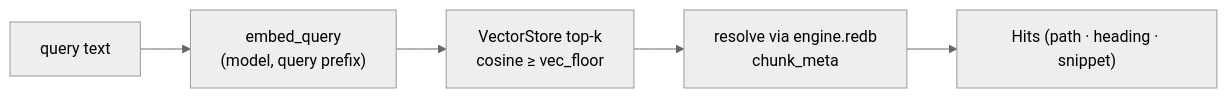
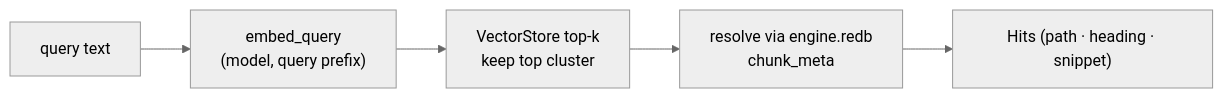
Before and after one commit to onebrain-ai/onebrain-cli: the sixth of 8 diagrams in docs/architecture/search.md, drawn with Mermaid (neutral theme). The commit also changed other lines of this file and 7 other files, not shown here.

First line of the commit message:
fix(search): recall-first vector cutoff + honest confidence (Tier 1 floor fix) (#183)

````diff
--- a/docs/architecture/search.md
+++ b/docs/architecture/search.md
@@ -354,4 +360,4 @@
 ```mermaid
 flowchart LR
-    Q["query text"] --> E["embed_query<br/>(model, query prefix)"] --> V["VectorStore top-k<br/>cosine ≥ vec_floor"] --> M["resolve via engine.redb<br/>chunk_meta"] --> H["Hits (path · heading · snippet)"]
+    Q["query text"] --> E["embed_query<br/>(model, query prefix)"] --> V["VectorStore top-k<br/>keep top cluster"] --> M["resolve via engine.redb<br/>chunk_meta"] --> H["Hits (path · heading · snippet)"]
 ```
````
